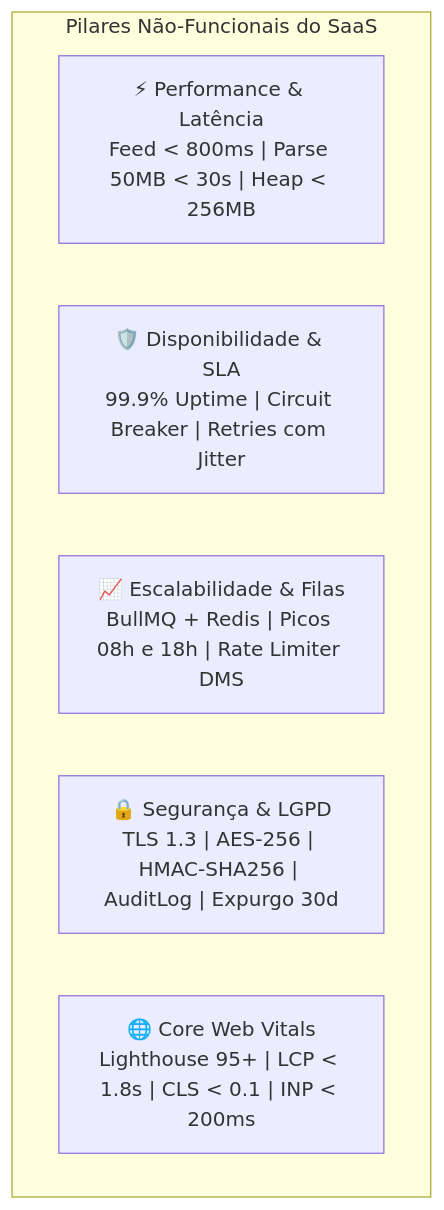
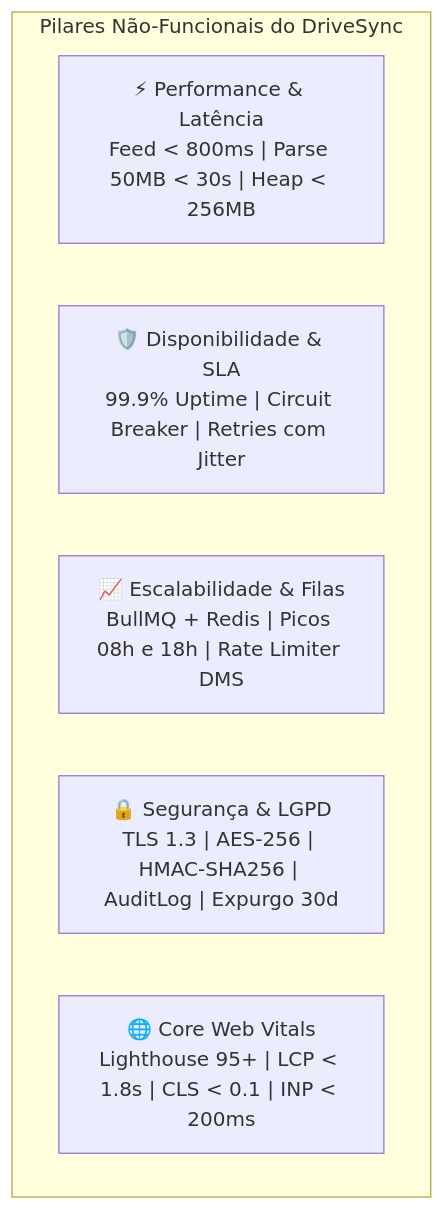
The first of 4 diagrams in docs/specs/non-functional-requirements-sla.md (saas-auto-catalogo/.github), drawn with Mermaid before and after one commit. The commit also changed other lines of this file and 13 other files, not shown here.

Commit message:
docs: padronizacao do nome comercial oficial DriveSync (.github #42)

````diff
--- a/docs/specs/non-functional-requirements-sla.md
+++ b/docs/specs/non-functional-requirements-sla.md
@@ -16,10 +16,10 @@
 ```mermaid
 flowchart TD
-    subgraph RNFs["Pilares Não-Funcionais do SaaS"]
+    subgraph RNFs["Pilares Não-Funcionais do DriveSync"]
         P1["⚡ Performance & Latência<br/>Feed < 800ms | Parse 50MB < 30s | Heap < 256MB"]
         P2["🛡️ Disponibilidade & SLA<br/>99.9% Uptime | Circuit Breaker | Retries com Jitter"]
         P3["📈 Escalabilidade & Filas<br/>BullMQ + Redis | Picos 08h e 18h | Rate Limiter DMS"]
         P4["🔒 Segurança & LGPD<br/>TLS 1.3 | AES-256 | HMAC-SHA256 | AuditLog | Expurgo 30d"]
         P5["🌐 Core Web Vitals<br/>Lighthouse 95+ | LCP < 1.8s | CLS < 0.1 | INP < 200ms"]
     end
 ```
````
